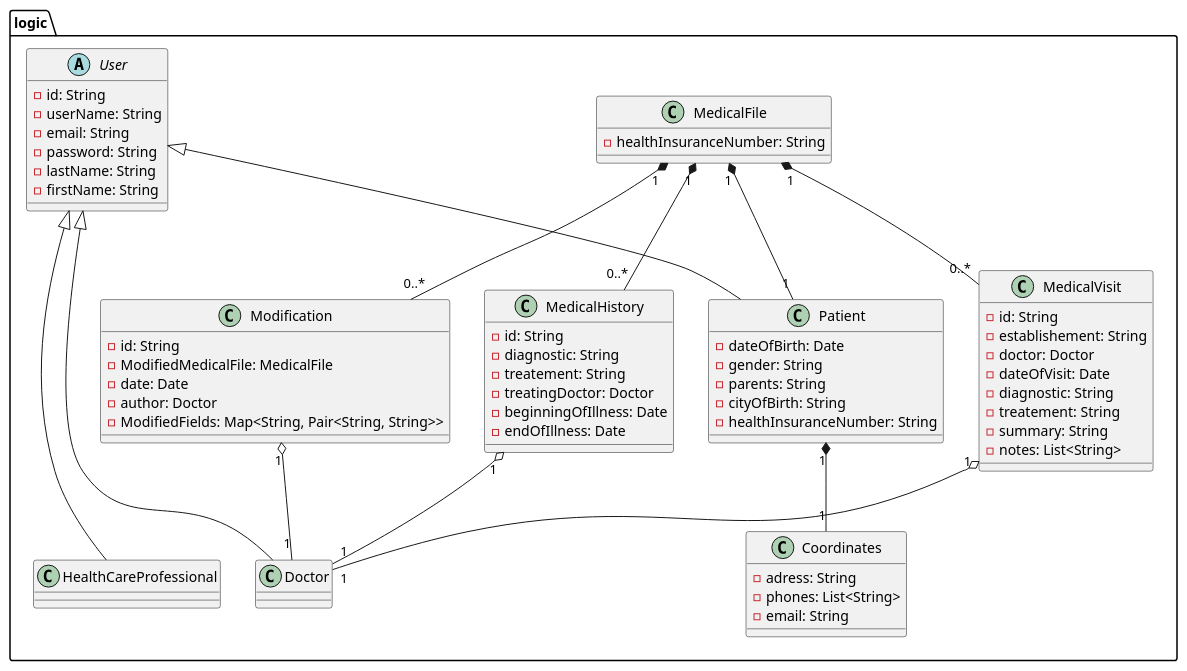
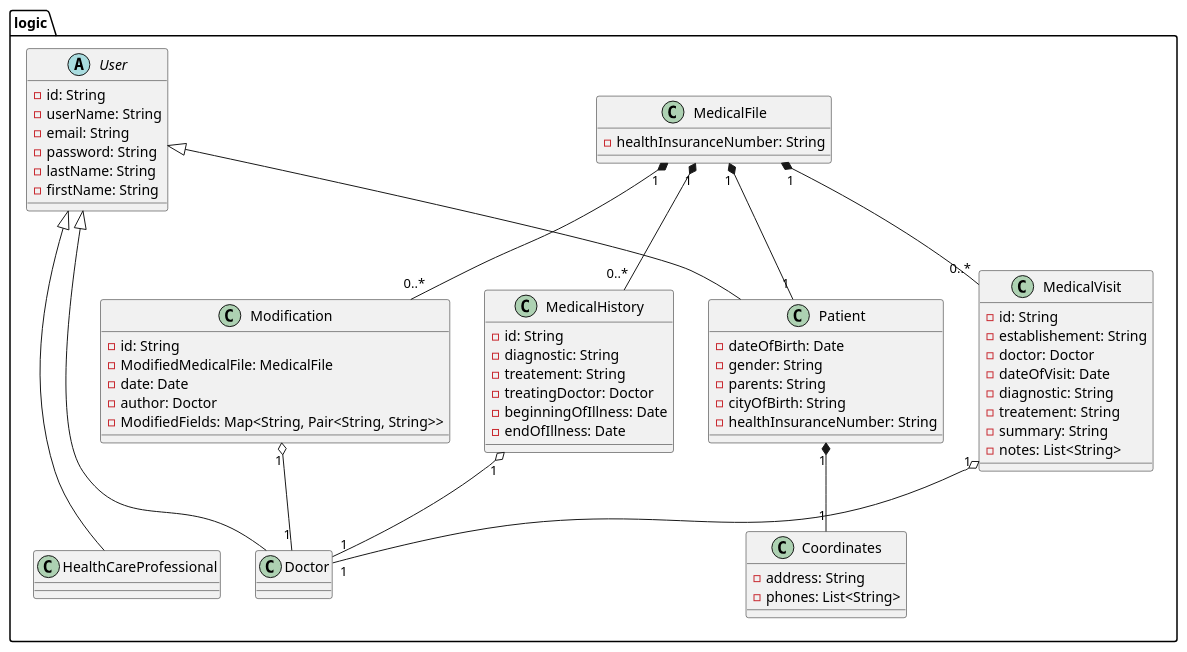
One commit to KevenJAntenor/Quebec-Centralized-Medical-Record-System changed the diagram in plantUml/class-logic.puml. Above: the diagram before and after it, drawn with PlantUML.

Commit message:
diagram: Remove email from coordonnees as it's a base property of User

```diff
--- a/plantUml/class-logic.puml
+++ b/plantUml/class-logic.puml
@@ -1,86 +1,85 @@
 @startuml
 
 package "logic"{
 
 ' User is abstract class
   abstract class User {
     -id: String
     -userName: String
     -email: String
     -password: String
     -lastName: String
     -firstName: String
   }
 together{
   class Patient extends User {
     -dateOfBirth: Date
     -gender: String
     -parents: String
     -cityOfBirth: String
     -healthInsuranceNumber: String
   }
 
 
   class Coordinates {
-    -adress: String
+    -address: String
     -phones: List<String>
-    -email: String
   }
 
   class MedicalFile {
     -healthInsuranceNumber: String
   }
 
   class MedicalHistory {
     -id: String
     -diagnostic: String
     -treatement: String
     -treatingDoctor: Doctor
     -beginningOfIllness: Date
     -endOfIllness: Date
   }
 
   class MedicalVisit {
     -id: String
     -establishement: String
     -doctor: Doctor
     -dateOfVisit: Date
     -diagnostic: String
     -treatement: String
     -summary: String
     -notes: List<String>
   }
 }
 
 together{
   class Doctor extends User {
   }
 
   class HealthCareProfessional extends User {
   }
 }
 
   class Modification {
     -id: String
     -ModifiedMedicalFile: MedicalFile
     -date: Date
     -author: Doctor
     -ModifiedFields: Map<String, Pair<String, String>>
   }
 }
 
 
 Patient "1" *-- "1" Coordinates
 
 MedicalFile "1" *-- "1" Patient
 MedicalFile "1" *-- "0..*" MedicalVisit
 MedicalFile "1" *-- "0..*" MedicalHistory
 
 MedicalVisit "1" o-- "1" Doctor
 MedicalHistory "1" o-- "1" Doctor
 Modification "1" o-- "1" Doctor
 
 MedicalFile "1" *-- "0..*" Modification
 
 
 @enduml
```
